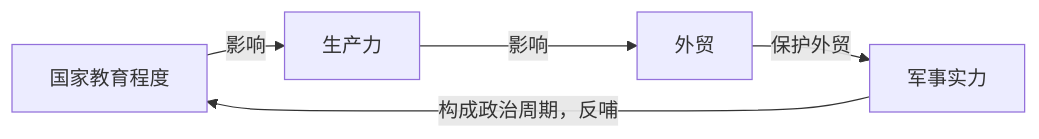
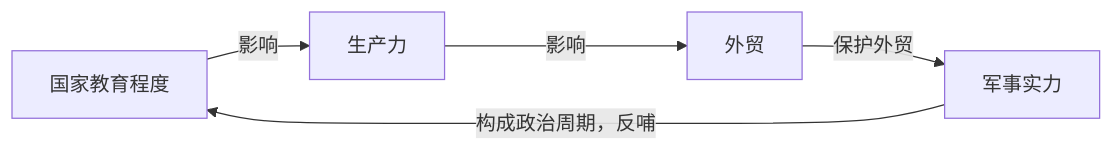
Before and after one commit to retroglot/notebook: the diagram in F/原则：应对变化中的世界秩序.md, drawn with Mermaid. The commit also changed other lines of this file and 1 other file, not shown here.

````diff
--- a/F/原则：应对变化中的世界秩序.md
+++ b/F/原则：应对变化中的世界秩序.md
@@ -9,8 +9,7 @@
 ```mermaid
-%%{init: {'flowchart': {'useMaxWidth': false, 'diagramPadding': 20, 'nodeSpacing': 30, 'rankSpacing': 30}}}%%
 graph LR
     A[国家教育程度] -->|影响| B[生产力]
     B -->|影响| C[外贸]
     C -->|保护外贸| D[军事实力]
     D -- 构成政治周期，反哺 --> A
 ```
````
